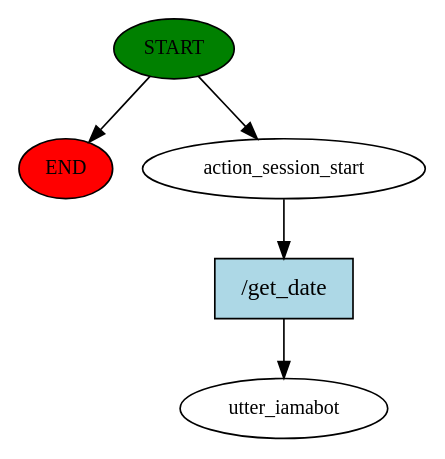
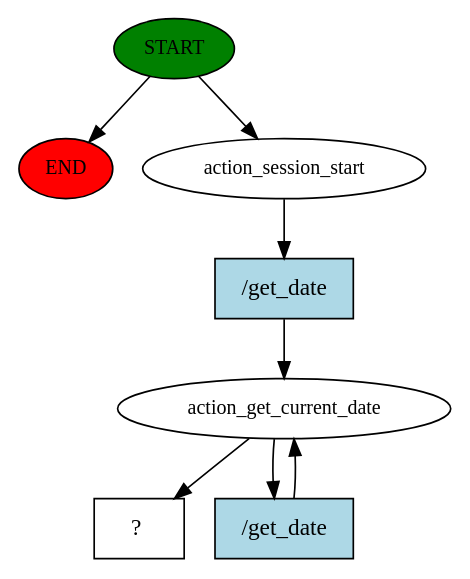
Before and after one commit to AlejandroChitivaC/BotPythonRasa: the diagram in story_graph.dot, drawn with Graphviz. The commit also changed 6 other files, not shown here.

Commit message:
Training model, get current date

```diff
--- a/story_graph.dot
+++ b/story_graph.dot
@@ -1,11 +1,16 @@
 digraph  {
 0 [class="start active", fillcolor=green, fontsize=12, label=START, style=filled];
 "-1" [class=end, fillcolor=red, fontsize=12, label=END, style=filled];
 1 [class=active, fontsize=12, label=action_session_start];
-2 [class="dashed active", fontsize=12, label=utter_iamabot];
-3 [class="intent active", fillcolor=lightblue, label="/get_date", shape=rect, style=filled];
+2 [class=active, fontsize=12, label=action_get_current_date];
+5 [class="intent dashed active", label="  ?  ", shape=rect];
+6 [class="intent active", fillcolor=lightblue, label="/get_date", shape=rect, style=filled];
+7 [class="intent active", fillcolor=lightblue, label="/get_date", shape=rect, style=filled];
 0 -> "-1"  [class="", key=NONE, label=""];
 0 -> 1  [class=active, key=NONE, label=""];
-1 -> 3  [class=active, key=0];
-3 -> 2  [class=active, key=0];
+1 -> 6  [class=active, key=0];
+2 -> 5  [class=active, key=NONE, label=""];
+2 -> 7  [class=active, key=0];
+6 -> 2  [class=active, key=0];
+7 -> 2  [class=active, key=0];
 }
```
